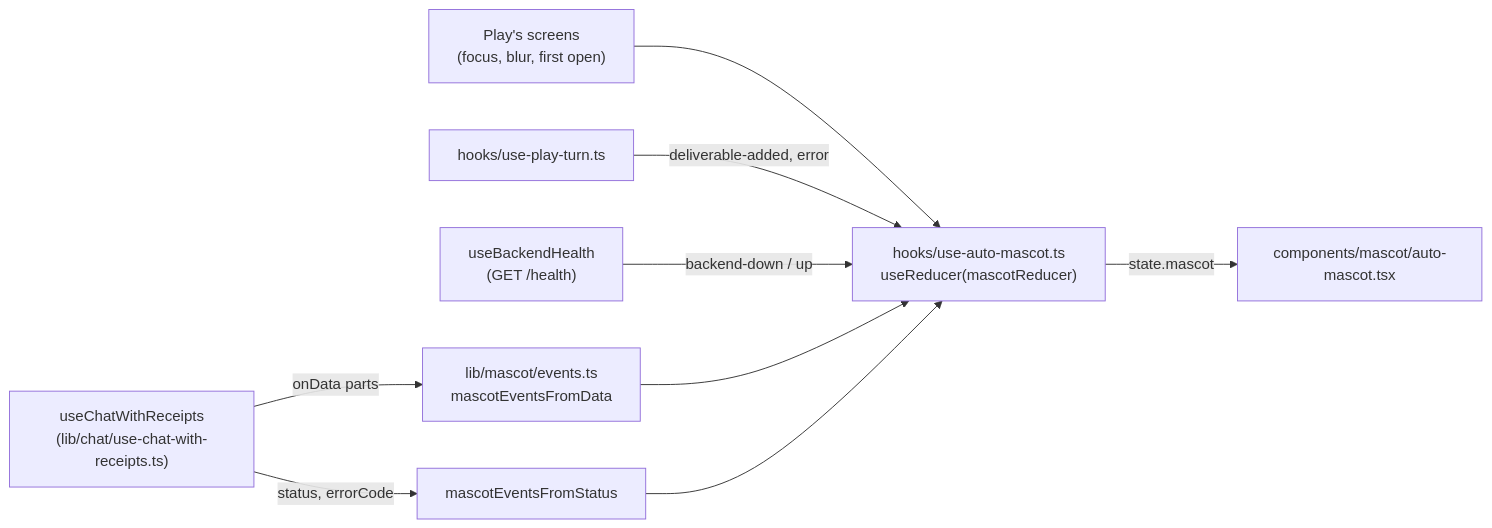
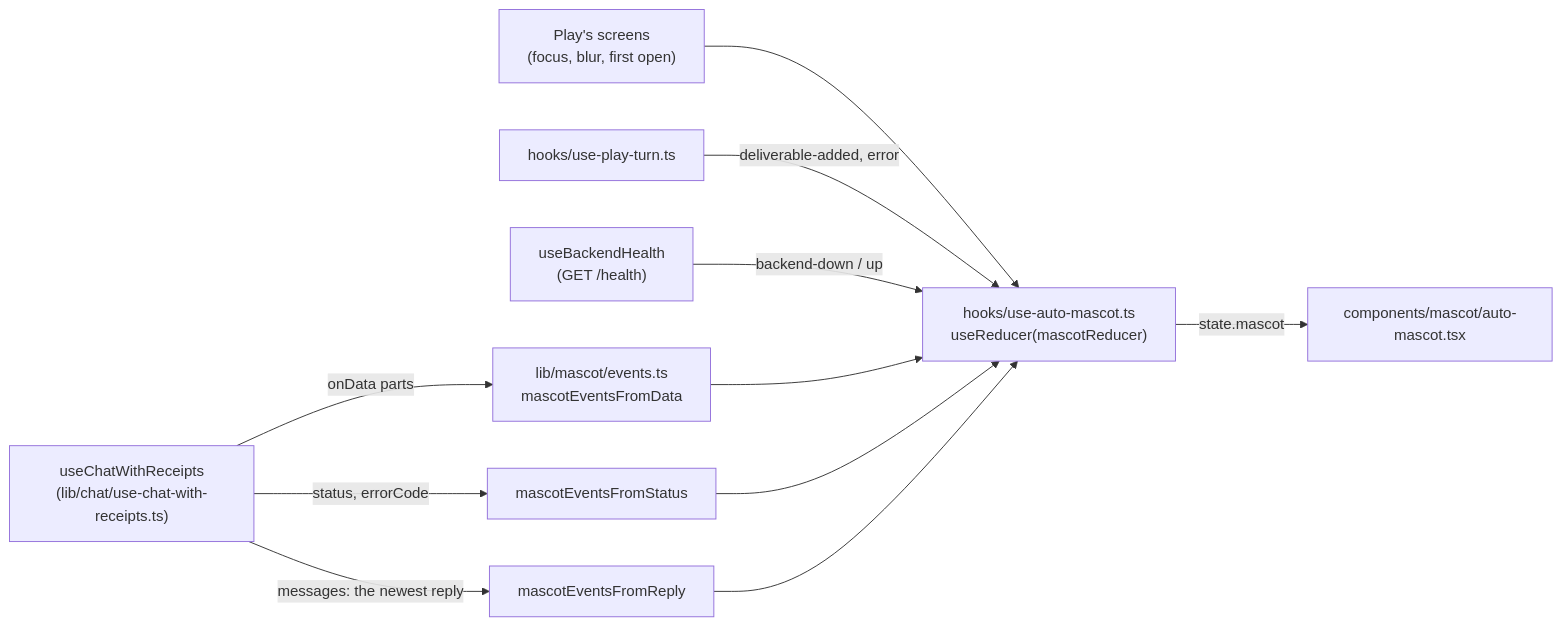
One commit to AutomatosAI/automatos-ai changed the second of 2 diagrams in docs/frontend-architecture/play-theme.md. Above: the diagram before and after it, drawn with Mermaid. The commit also changed other lines of this file and 9 other files, not shown here.

````diff
--- a/docs/frontend-architecture/play-theme.md
+++ b/docs/frontend-architecture/play-theme.md
@@ -333,11 +333,13 @@
 ```mermaid
 graph LR
     Chat["useChatWithReceipts<br/>(lib/chat/use-chat-with-receipts.ts)"] -->|"onData parts"| Events["lib/mascot/events.ts<br/>mascotEventsFromData"]
     Chat -->|"status, errorCode"| Status["mascotEventsFromStatus"]
+    Chat -->|"messages: the newest reply"| Reply["mascotEventsFromReply"]
     Page["Play's screens<br/>(focus, blur, first open)"] --> Driver
     Turn["hooks/use-play-turn.ts"] -->|"deliverable-added, error"| Driver
     Health["useBackendHealth<br/>(GET /health)"] -->|"backend-down / up"| Driver
     Events --> Driver["hooks/use-auto-mascot.ts<br/>useReducer(mascotReducer)"]
     Status --> Driver
+    Reply --> Driver
     Driver -->|"state.mascot"| View["components/mascot/auto-mascot.tsx"]
 ```
````
